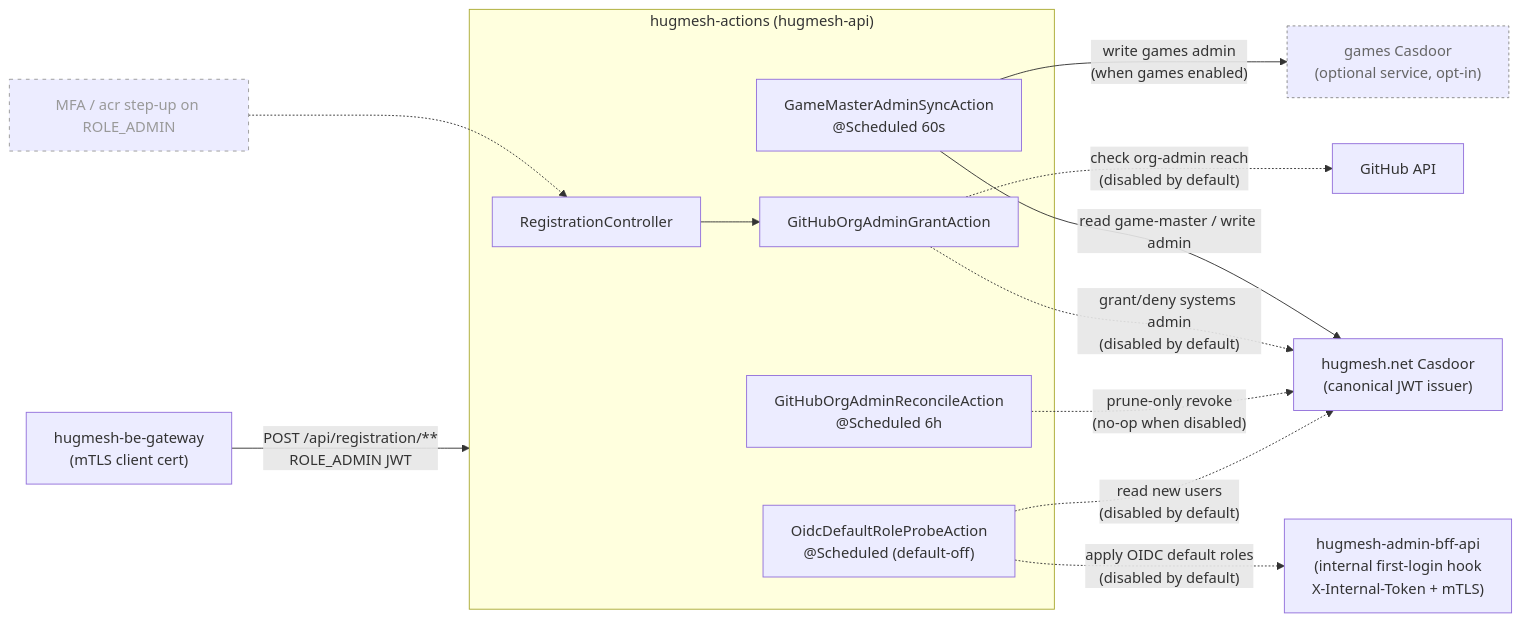
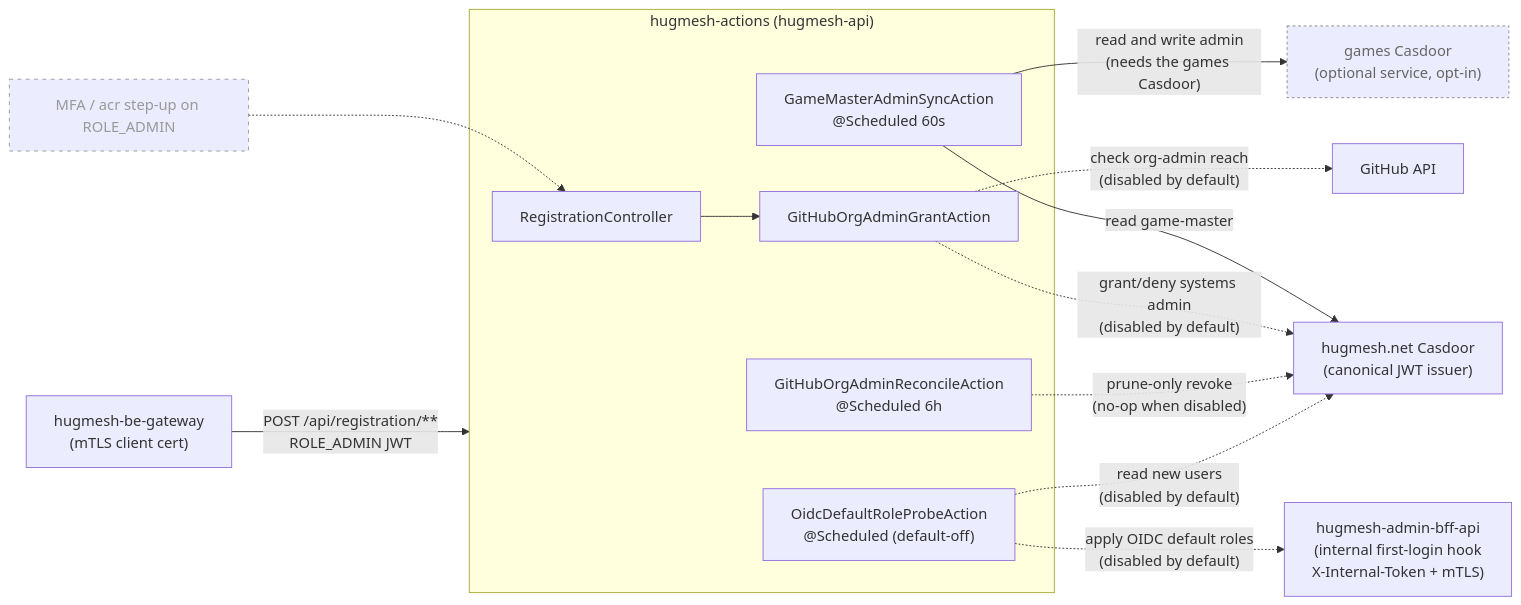
The first of 2 diagrams in README.md (hugmesh/hugmesh-actions), drawn with Mermaid before and after one commit. The commit also changed other lines of this file, not shown here.

````diff
--- a/README.md
+++ b/README.md
@@ -30,32 +30,32 @@
 ```mermaid
 flowchart LR
     GW["hugmesh-be-gateway<br/>(mTLS client cert)"] -->|"POST /api/registration/**<br/>ROLE_ADMIN JWT"| API
 
     subgraph API["hugmesh-actions (hugmesh-api)"]
         RC["RegistrationController"]
         GM["GameMasterAdminSyncAction<br/>@Scheduled 60s"]
         REV["GitHubOrgAdminReconcileAction<br/>@Scheduled 6h"]
         GHA["GitHubOrgAdminGrantAction"]
         OIDC["OidcDefaultRoleProbeAction<br/>@Scheduled (default-off)"]
         RC --> GHA
     end
 
     SC["hugmesh.net Casdoor<br/>(canonical JWT issuer)"]
     GC["games Casdoor<br/>(optional service, opt-in)"]:::optional
     GH["GitHub API"]
     BFF["hugmesh-admin-bff-api<br/>(internal first-login hook<br/>X-Internal-Token + mTLS)"]
 
-    GM -->|"read game-master / write admin"| SC
-    GM -->|"write games admin<br/>(when games enabled)"| GC
+    GM -->|"read game-master"| SC
+    GM -->|"read and write admin<br/>(needs the games Casdoor)"| GC
     GHA -.->|"grant/deny systems admin<br/>(disabled by default)"| SC
     GHA -.->|"check org-admin reach<br/>(disabled by default)"| GH
     REV -.->|"prune-only revoke<br/>(no-op when disabled)"| SC
     OIDC -.->|"read new users<br/>(disabled by default)"| SC
     OIDC -.->|"apply OIDC default roles<br/>(disabled by default)"| BFF
 
     MFA["MFA / acr step-up on ROLE_ADMIN"]:::planned
     MFA -.-> RC
 
     classDef planned stroke-dasharray:4 5,stroke:#999,color:#999
     classDef optional stroke-dasharray:3 3,stroke:#888,color:#666
 ```
````
